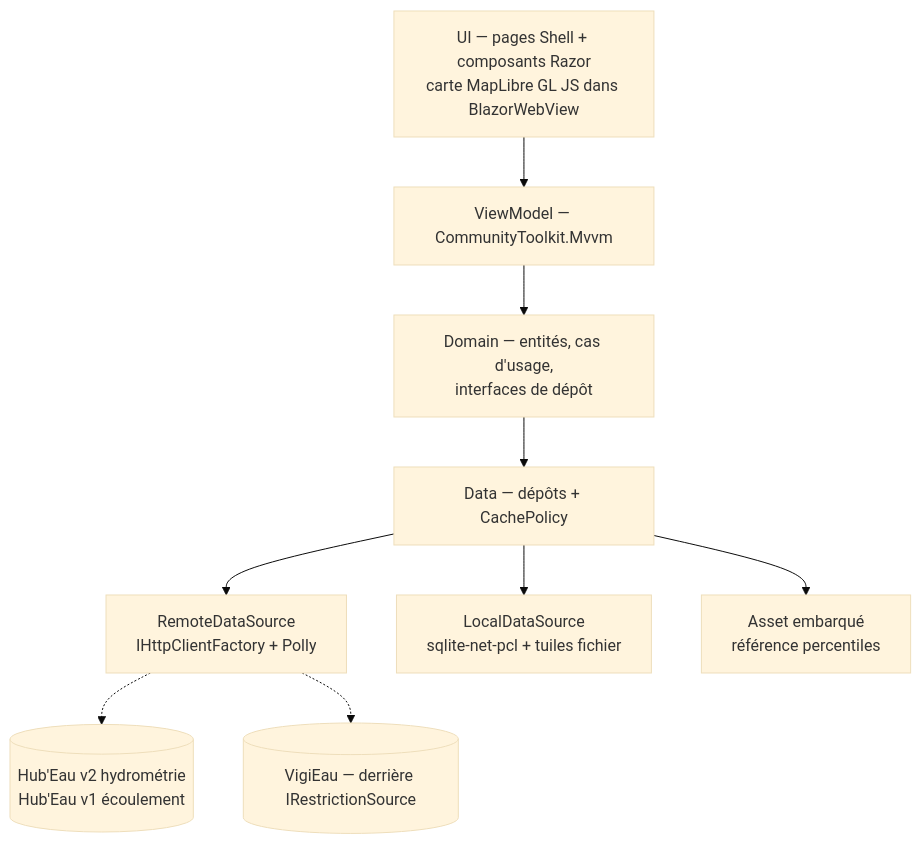
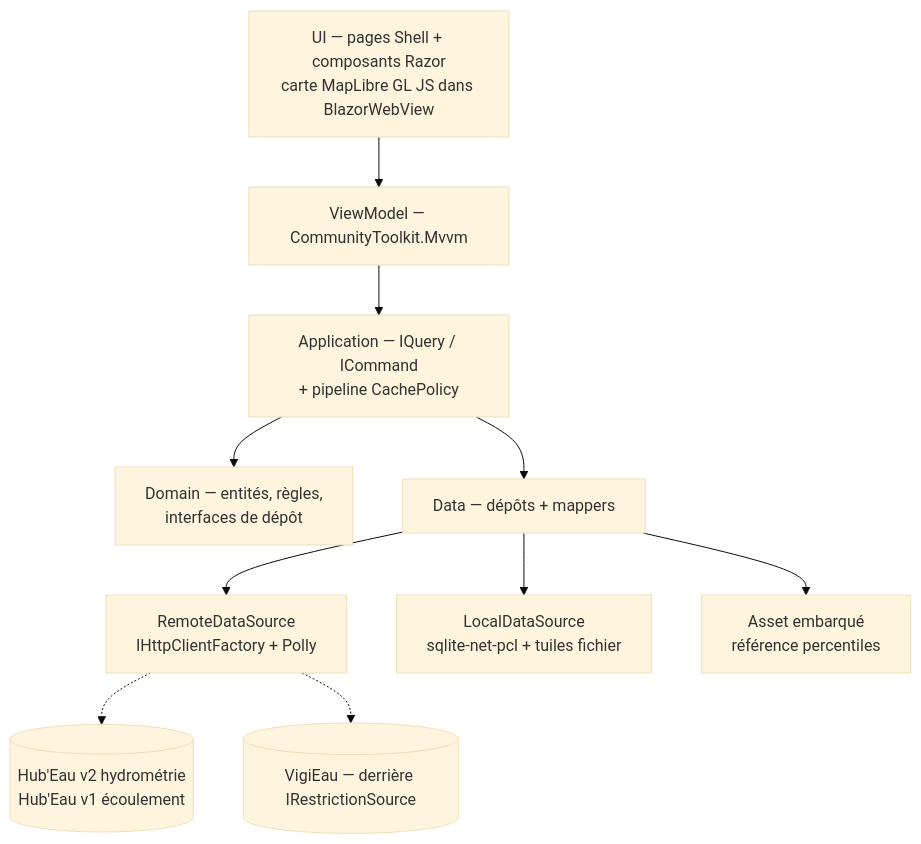
Before and after one commit to HubEauContrib/MartinPecheur: the diagram in docs/03-conception.md, drawn with Mermaid (base theme). The commit also changed other lines of this file and 8 other files, not shown here.

First line of the commit message:
docs: ADR-008 — CQRS leger et politique de cache en pipeline

````diff
--- a/docs/03-conception.md
+++ b/docs/03-conception.md
@@ -39,17 +45,19 @@
 ```mermaid
 graph TD
   UI["UI — pages Shell + composants Razor<br/>carte MapLibre GL JS dans BlazorWebView"]
   VM["ViewModel — CommunityToolkit.Mvvm"]
-  DOM["Domain — entités, cas d'usage,<br/>interfaces de dépôt"]
-  REPO["Data — dépôts + CachePolicy"]
+  MED["Application — IQuery / ICommand<br/>+ pipeline CachePolicy"]
+  DOM["Domain — entités, règles,<br/>interfaces de dépôt"]
+  REPO["Data — dépôts + mappers"]
   REM["RemoteDataSource<br/>IHttpClientFactory + Polly"]
   LOC["LocalDataSource<br/>sqlite-net-pcl + tuiles fichier"]
   ASSET["Asset embarqué<br/>référence percentiles"]
 
-  UI --> VM --> DOM --> REPO
+  UI --> VM --> MED --> DOM
+  MED --> REPO
   REPO --> REM
   REPO --> LOC
   REPO --> ASSET
   REM -.-> HE[("Hub'Eau v2 hydrométrie<br/>Hub'Eau v1 écoulement")]
   REM -.-> VE[("VigiEau — derrière IRestrictionSource")]
 ```
````
